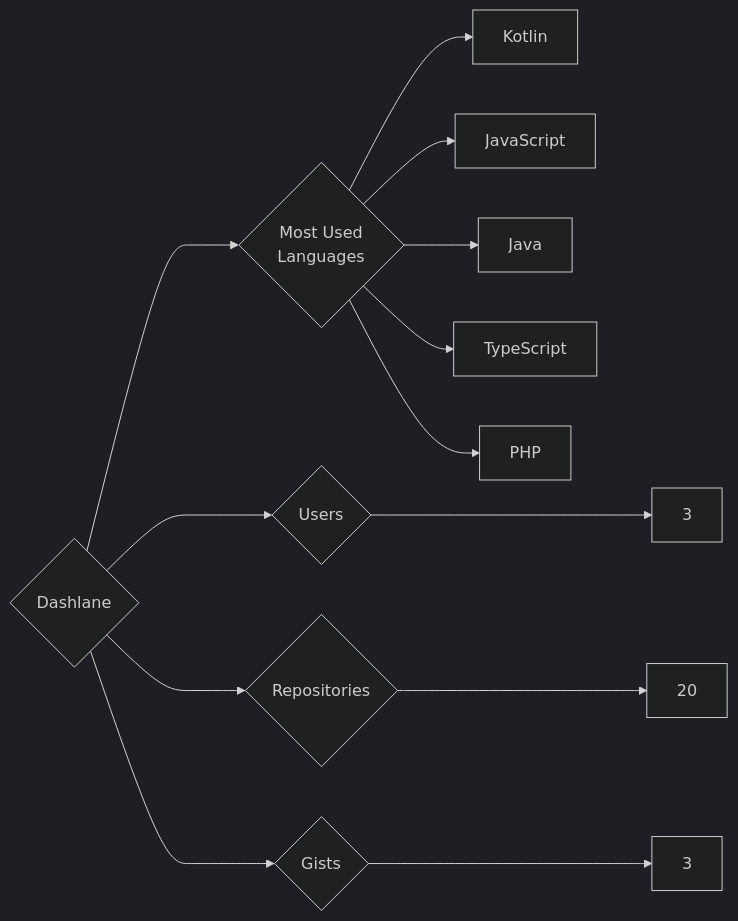
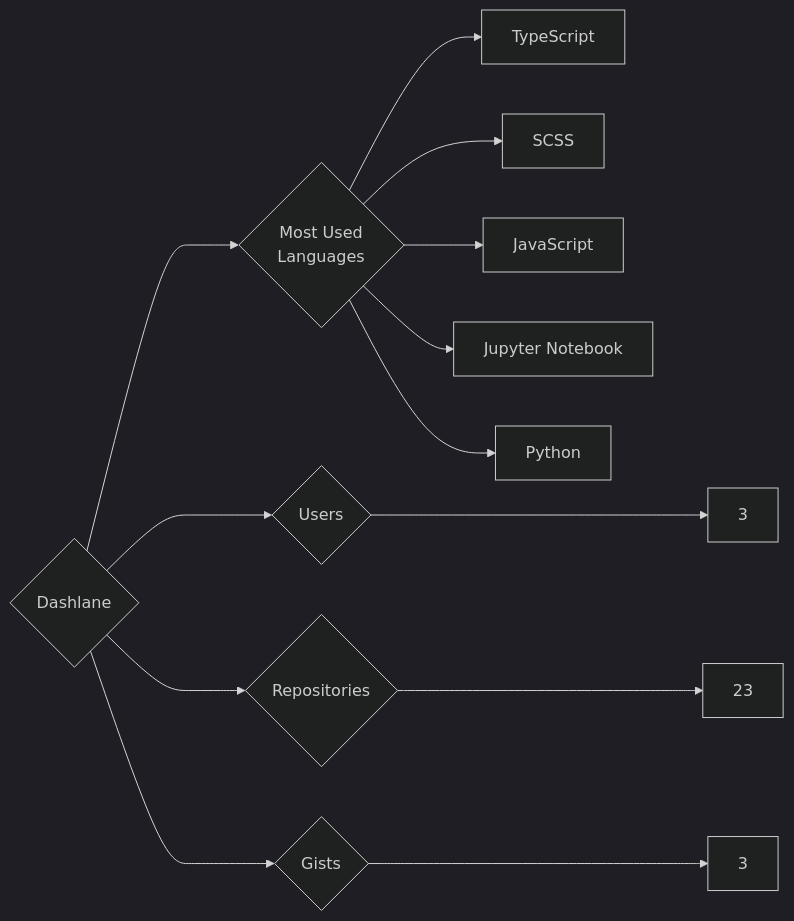
One commit to trickest/insiders changed the diagram in targets/Dashlane/README.md. Above: the diagram before and after it, drawn with Mermaid (dark theme). The commit also changed 1141 other files, not shown here.

````diff
--- a/targets/Dashlane/README.md
+++ b/targets/Dashlane/README.md
@@ -3,13 +3,13 @@
 ```mermaid
 graph LR
 COMPANY_NAME{Dashlane}
 COMPANY_NAME ---> U{Users} ---> UN[3]
-COMPANY_NAME ---> R{Repositories} ---> RN[20]
+COMPANY_NAME ---> R{Repositories} ---> RN[23]
 COMPANY_NAME ---> G{Gists} ---> GN[3]
 COMPANY_NAME ---> ML{Most Used<br>Languages}
-ML --> Kotlin[Kotlin]
+ML --> TypeScript[TypeScript]
+ML --> SCSS[SCSS]
 ML --> JavaScript[JavaScript]
-ML --> Java[Java]
-ML --> TypeScript[TypeScript]
-ML --> PHP[PHP]
+ML --> Jupyter_Notebook[Jupyter Notebook]
+ML --> Python[Python]
 ```
````
